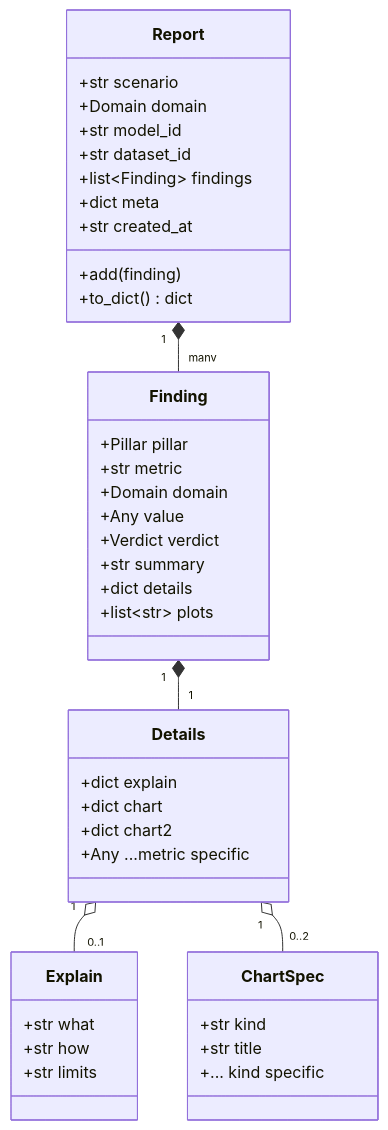
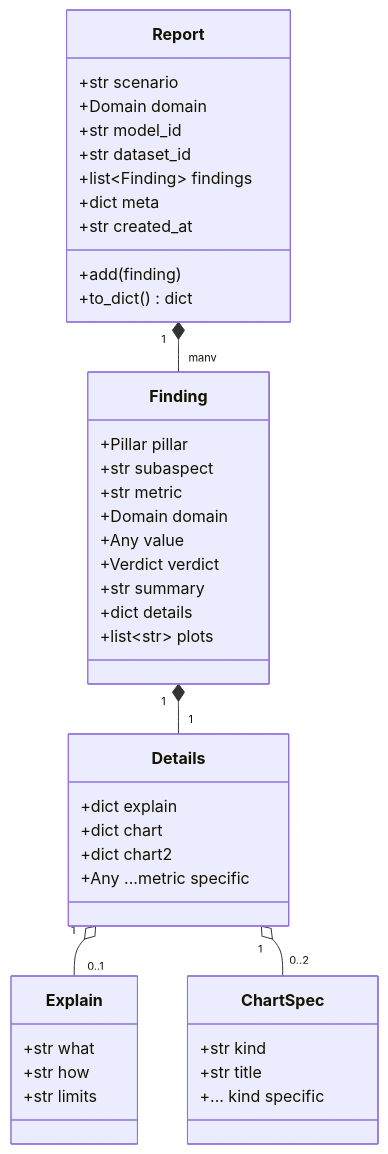
Before and after one commit to sabrinahartung/verifai-medical: the first of 5 diagrams in docs/data-model.md, drawn with Mermaid. The commit also changed other lines of this file and 18 other files, not shown here.

````diff
--- a/docs/data-model.md
+++ b/docs/data-model.md
@@ -7,44 +7,45 @@
 ```mermaid
 classDiagram
     class Report {
         +str scenario
         +Domain domain
         +str model_id
         +str dataset_id
         +list~Finding~ findings
         +dict meta
         +str created_at
         +add(finding)
         +to_dict() dict
     }
     class Finding {
         +Pillar pillar
+        +str subaspect
         +str metric
         +Domain domain
         +Any value
         +Verdict verdict
         +str summary
         +dict details
         +list~str~ plots
     }
     class Details {
         +dict explain
         +dict chart
         +dict chart2
         +Any ...metric specific
     }
     class Explain {
         +str what
         +str how
         +str limits
     }
     class ChartSpec {
         +str kind
         +str title
         +... kind specific
     }
     Report "1" *-- "many" Finding
     Finding "1" *-- "1" Details
     Details "1" o-- "0..1" Explain
     Details "1" o-- "0..2" ChartSpec
 ```
````
